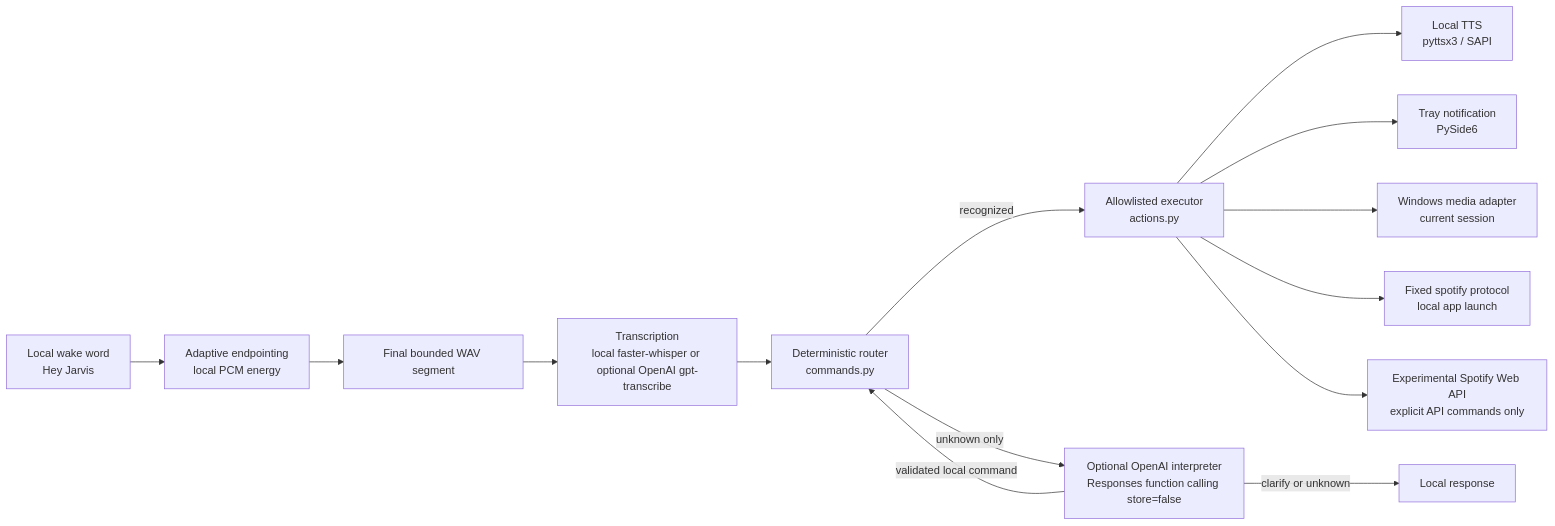
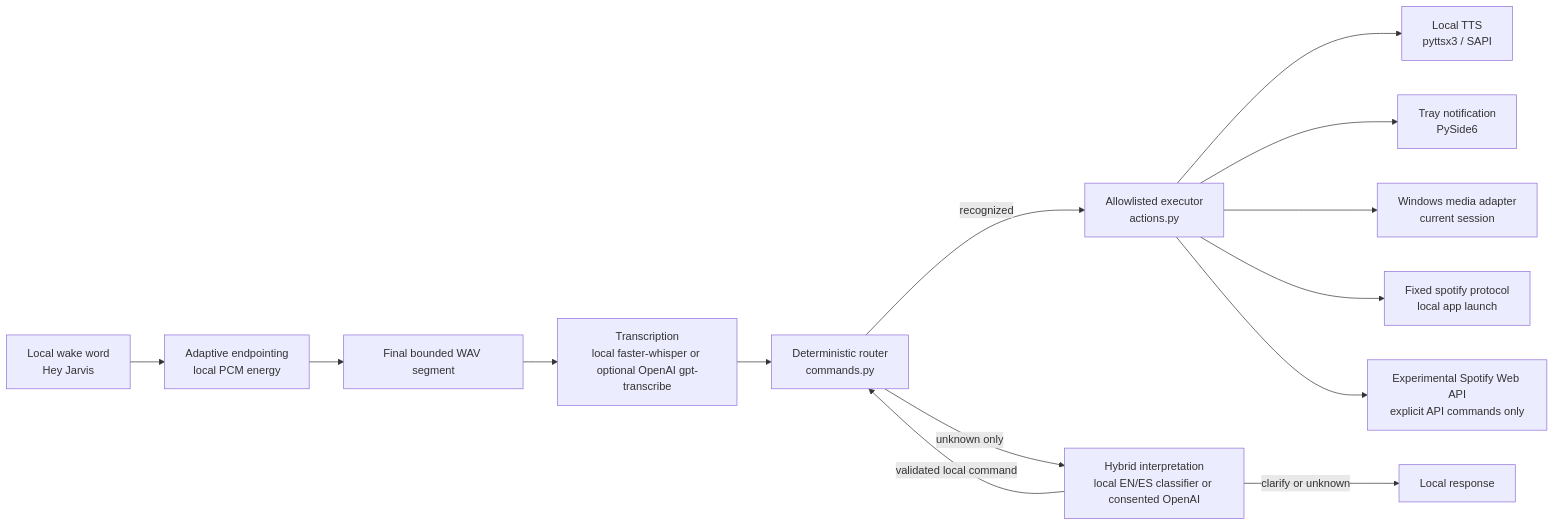
One commit to MEMOMG8/deskpilot changed the diagram in docs/architecture.md. Above: the diagram before and after it, drawn with Mermaid. The commit also changed other lines of this file and 28 other files, not shown here.

````diff
--- a/docs/architecture.md
+++ b/docs/architecture.md
@@ -5,16 +5,16 @@
 ```mermaid
 flowchart LR
     A[Local wake word\nHey Jarvis] --> B[Adaptive endpointing\nlocal PCM energy]
     B --> C[Final bounded WAV segment]
     C --> D[Transcription\nlocal faster-whisper or optional OpenAI gpt-transcribe]
     D --> E[Deterministic router\ncommands.py]
     E -->|recognized| G[Allowlisted executor\nactions.py]
-    E -->|unknown only| F[Optional OpenAI interpreter\nResponses function calling store=false]
+    E -->|unknown only| F[Hybrid interpretation\nlocal EN/ES classifier or consented OpenAI]
     F -->|validated local command| E
     F -->|clarify or unknown| H[Local response]
     G --> I[Local TTS\npyttsx3 / SAPI]
     G --> J[Tray notification\nPySide6]
     G --> K[Windows media adapter\ncurrent session]
     G --> L[Fixed spotify protocol\nlocal app launch]
     G --> M[Experimental Spotify Web API\nexplicit API commands only]
 ```
````
